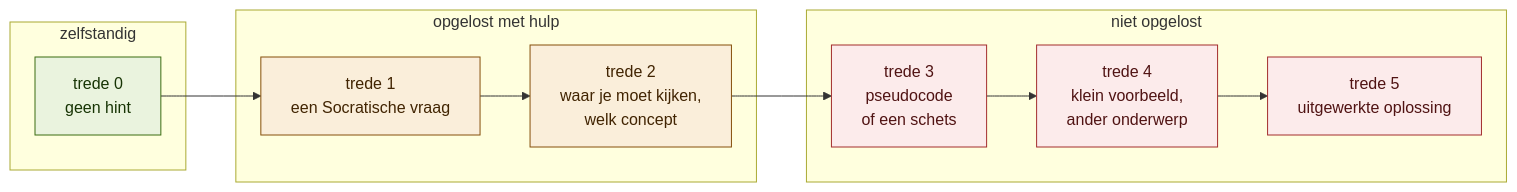
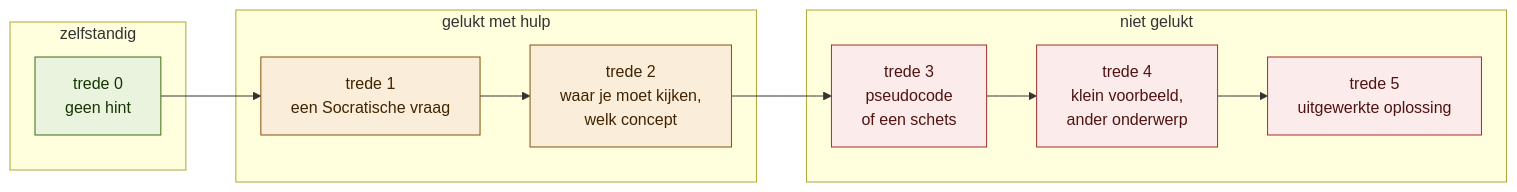
The third of 3 diagrams in docs/nl/how-it-works.md (piethanegraaf/piethanegraaf.github.io), drawn with Mermaid before and after one commit. The commit also changed other lines of this file and 32 other files, not shown here.

````diff
--- a/docs/nl/how-it-works.md
+++ b/docs/nl/how-it-works.md
@@ -143,20 +147,20 @@
 ```mermaid
 flowchart LR
   subgraph G0["zelfstandig"]
     R0["trede 0<br/>geen hint"]
   end
-  subgraph G1["opgelost met hulp"]
+  subgraph G1["gelukt met hulp"]
     R1["trede 1<br/>een Socratische vraag"] --> R2["trede 2<br/>waar je moet kijken,<br/>welk concept"]
   end
-  subgraph G2["niet opgelost"]
+  subgraph G2["niet gelukt"]
     R3["trede 3<br/>pseudocode<br/>of een schets"] --> R4["trede 4<br/>klein voorbeeld,<br/>ander onderwerp"] --> R5["trede 5<br/>uitgewerkte oplossing"]
   end
   R0 --> R1
   R2 --> R3
   classDef indep fill:#EAF3DE,stroke:#3B6D11,color:#173404
-  classDef solved fill:#FAEEDA,stroke:#854F0B,color:#412402
-  classDef notsolved fill:#FCEBEB,stroke:#A32D2D,color:#501313
+  classDef succeeded fill:#FAEEDA,stroke:#854F0B,color:#412402
+  classDef notsucceeded fill:#FCEBEB,stroke:#A32D2D,color:#501313
   class R0 indep
-  class R1,R2 solved
-  class R3,R4,R5 notsolved
+  class R1,R2 succeeded
+  class R3,R4,R5 notsucceeded
 ```
````
